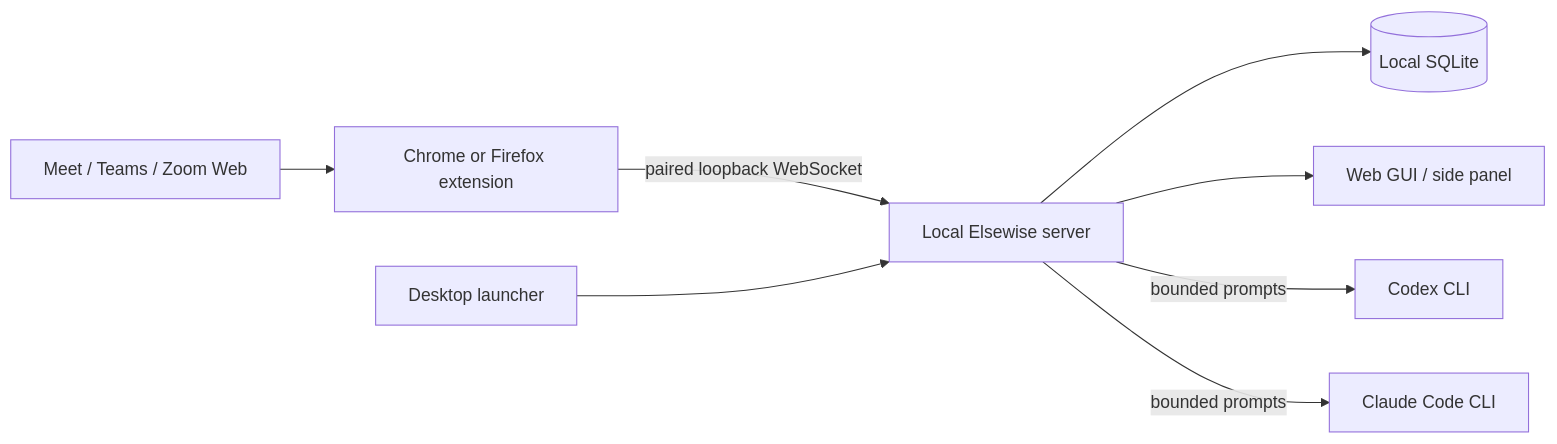
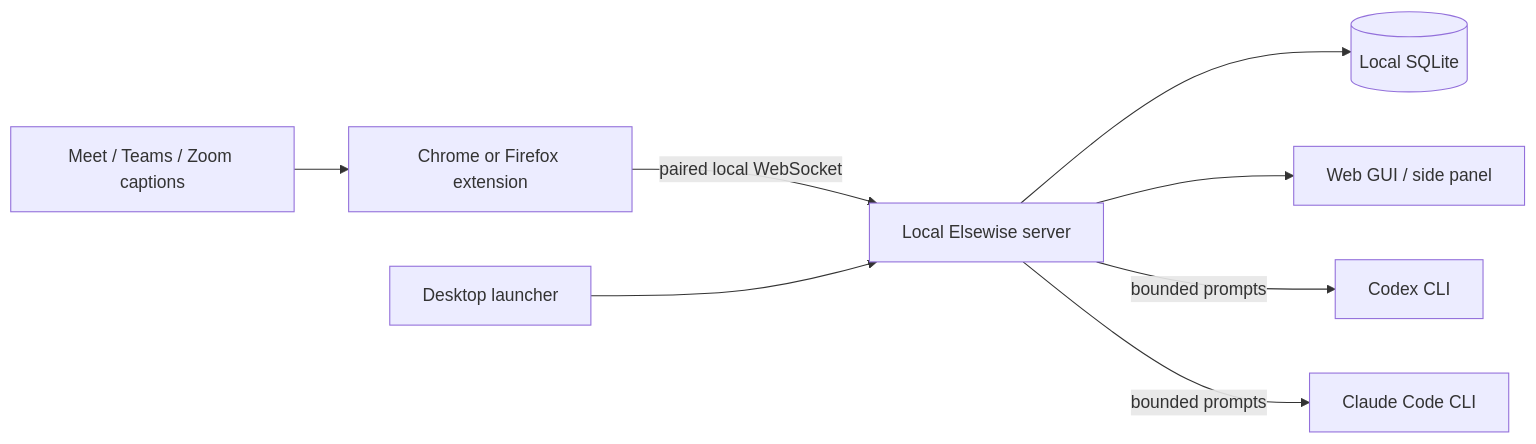
Before and after one commit to btw-team/elsewise: the diagram in README.md, drawn with Mermaid. The commit also changed other lines of this file and 74 other files, not shown here.

````diff
--- a/README.md
+++ b/README.md
@@ -57,10 +89,10 @@
 ```mermaid
 flowchart LR
-  Meeting[Meet / Teams / Zoom Web] --> Extension[Chrome or Firefox extension]
-  Extension -->|paired loopback WebSocket| Server[Local Elsewise server]
+  Captions[Meet / Teams / Zoom captions] --> Extension[Chrome or Firefox extension]
+  Extension -->|paired local WebSocket| Server[Local Elsewise server]
   Server --> SQLite[(Local SQLite)]
   Server --> Web[Web GUI / side panel]
   Launcher[Desktop launcher] --> Server
   Server -->|bounded prompts| Codex[Codex CLI]
   Server -->|bounded prompts| Claude[Claude Code CLI]
 ```
````
